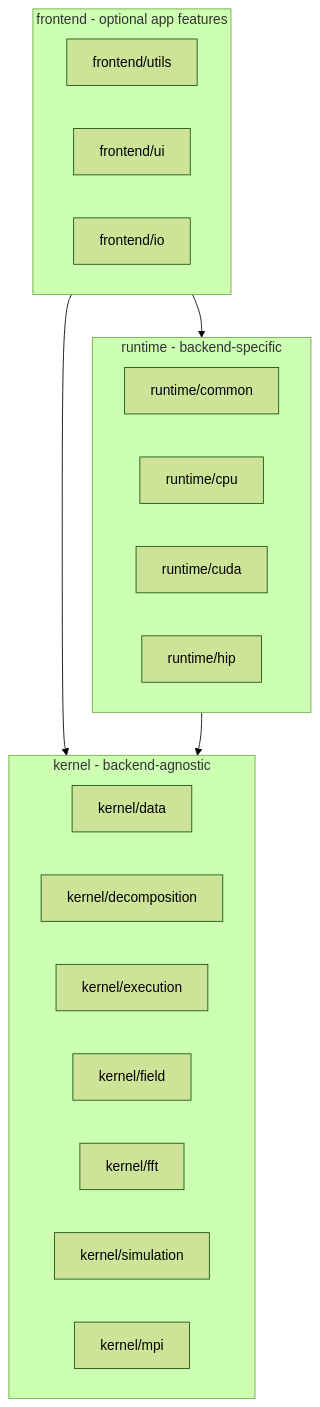
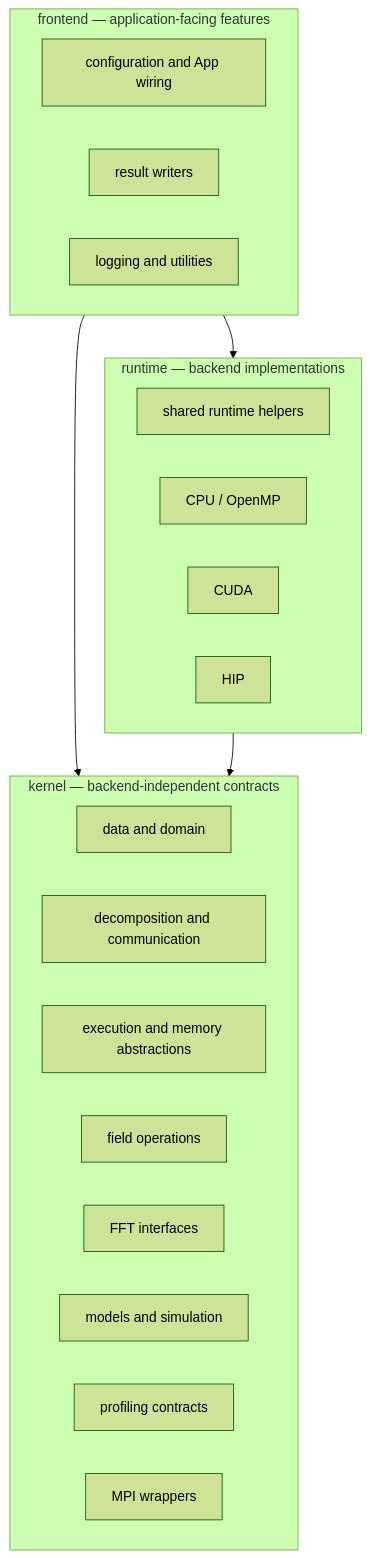
Before and after one commit to VTT-ProperTune/OpenPFC: the first of 2 diagrams in docs/concepts/architecture.md, drawn with Mermaid (forest theme). The commit also changed other lines of this file and 53 other files, not shown here.

````diff
--- a/docs/concepts/architecture.md
+++ b/docs/concepts/architecture.md
@@ -12,26 +17,30 @@
 ```mermaid
 flowchart TB
-  subgraph kernel [kernel - backend-agnostic]
-    data[kernel/data]
-    decomposition[kernel/decomposition]
-    execution[kernel/execution]
-    field_ops[kernel/field]
-    fft[kernel/fft]
-    simulation[kernel/simulation]
-    mpi[kernel/mpi]
+  subgraph frontend [frontend — application-facing features]
+    ui[configuration and App wiring]
+    io[result writers]
+    utilities[logging and utilities]
   end
-  subgraph runtime [runtime - backend-specific]
-    rcommon[runtime/common]
-    rcpu[runtime/cpu]
-    rcuda[runtime/cuda]
-    rhip[runtime/hip]
+
+  subgraph runtime [runtime — backend implementations]
+    common[shared runtime helpers]
+    cpu[CPU / OpenMP]
+    cuda[CUDA]
+    hip[HIP]
   end
-  subgraph frontend [frontend - optional app features]
-    futils[frontend/utils]
-    fui[frontend/ui]
-    fio[frontend/io]
+
+  subgraph kernel [kernel — backend-independent contracts]
+    data[data and domain]
+    decomposition[decomposition and communication]
+    execution[execution and memory abstractions]
+    field[field operations]
+    fft[FFT interfaces]
+    simulation[models and simulation]
+    profiling[profiling contracts]
+    mpi[MPI wrappers]
   end
+
   frontend --> runtime
   frontend --> kernel
   runtime --> kernel
 ```
````
